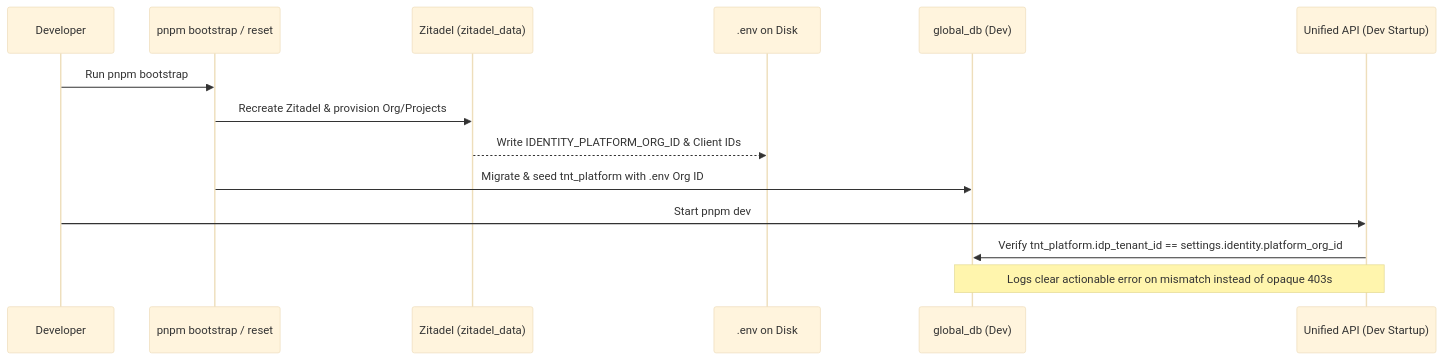
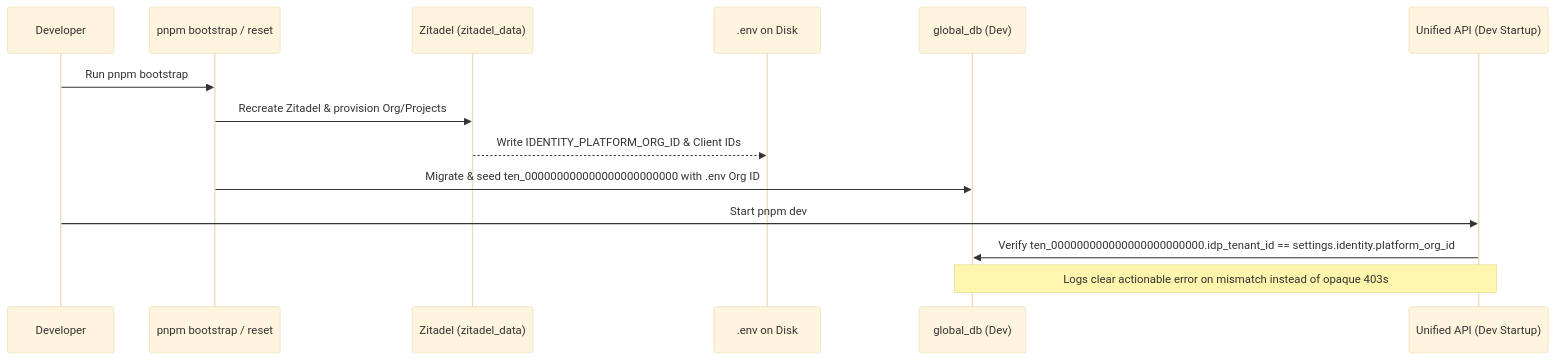
Before and after one commit to pramodnarayana/soopa: the second of 2 diagrams in LOCAL_CI_AND_DB_ISOLATION_DESIGN.md, drawn with Mermaid (base theme). The commit also changed other lines of this file and 54 other files, not shown here.

````diff
--- a/LOCAL_CI_AND_DB_ISOLATION_DESIGN.md
+++ b/LOCAL_CI_AND_DB_ISOLATION_DESIGN.md
@@ -170,17 +170,17 @@
 ```mermaid
 sequenceDiagram
     participant Dev as Developer
     participant Boot as pnpm bootstrap / reset
     participant Zit as Zitadel (zitadel_data)
     participant Env as .env on Disk
     participant DevDB as global_db (Dev)
     participant API as Unified API (Dev Startup)
 
     Dev->>Boot: Run pnpm bootstrap
     Boot->>Zit: Recreate Zitadel & provision Org/Projects
     Zit-->>Env: Write IDENTITY_PLATFORM_ORG_ID & Client IDs
-    Boot->>DevDB: Migrate & seed tnt_platform with .env Org ID
+    Boot->>DevDB: Migrate & seed ten_000000000000000000000000 with .env Org ID
     Dev->>API: Start pnpm dev
-    API->>DevDB: Verify tnt_platform.idp_tenant_id == settings.identity.platform_org_id
+    API->>DevDB: Verify ten_000000000000000000000000.idp_tenant_id == settings.identity.platform_org_id
     Note over API,DevDB: Logs clear actionable error on mismatch instead of opaque 403s
 ```
````
